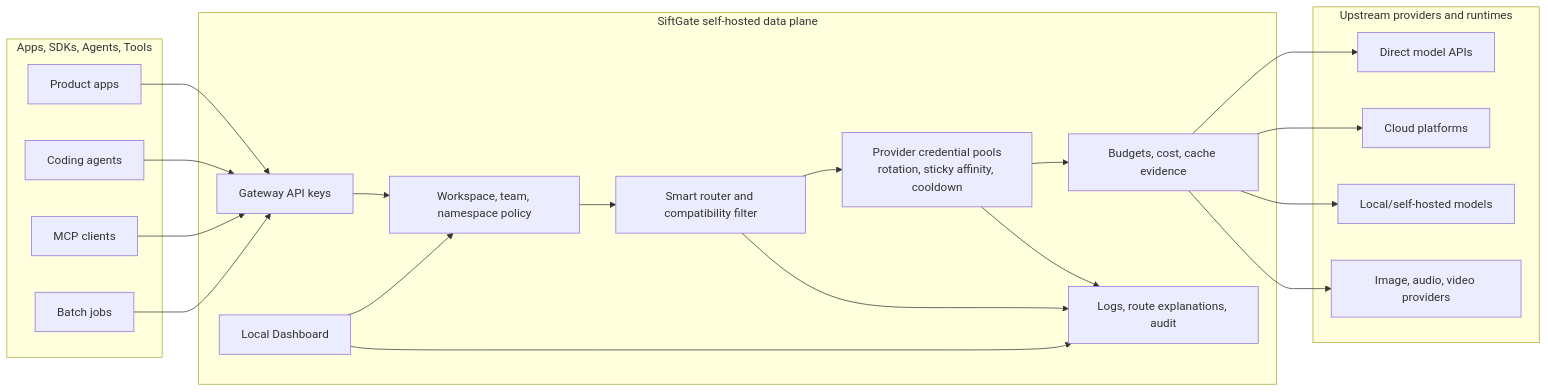
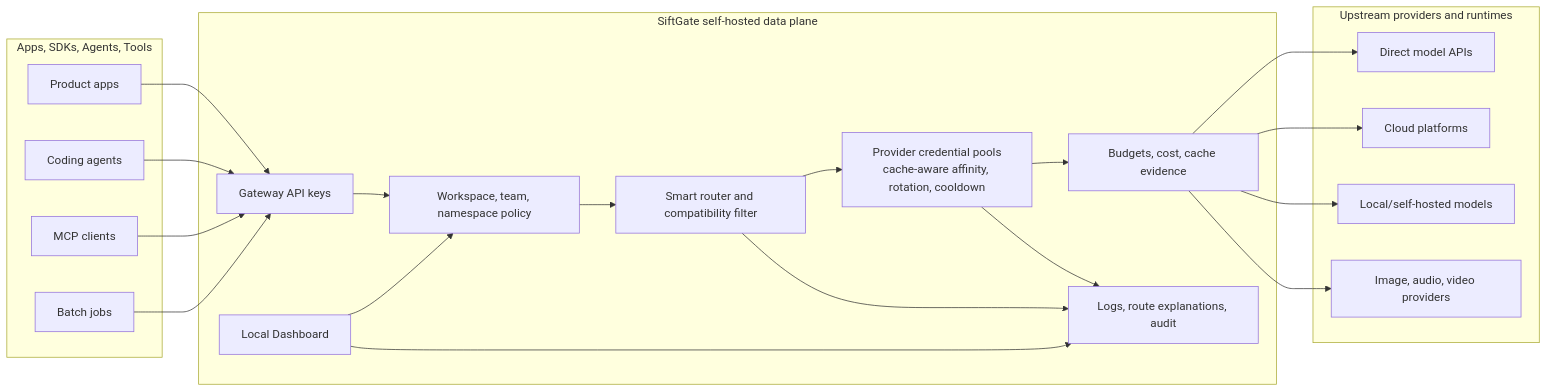
The first of 2 diagrams in README.md (seanbabalala/ai-gateway), drawn with Mermaid before and after one commit. The commit also changed other lines of this file and 12 other files, not shown here.

````diff
--- a/README.md
+++ b/README.md
@@ -57,40 +123,40 @@
 ```mermaid
 flowchart LR
   subgraph Clients["Apps, SDKs, Agents, Tools"]
     App["Product apps"]
     Agent["Coding agents"]
     MCP["MCP clients"]
     Batch["Batch jobs"]
   end
 
   subgraph Gateway["SiftGate self-hosted data plane"]
     Auth["Gateway API keys"]
     Policy["Workspace, team, namespace policy"]
     Route["Smart router and compatibility filter"]
-    Creds["Provider credential pools<br/>rotation, sticky affinity, cooldown"]
+    Creds["Provider credential pools<br/>cache-aware affinity, rotation, cooldown"]
     Cost["Budgets, cost, cache evidence"]
     Observe["Logs, route explanations, audit"]
     Dashboard["Local Dashboard"]
   end
 
   subgraph Providers["Upstream providers and runtimes"]
     Direct["Direct model APIs"]
     Cloud["Cloud platforms"]
     Local["Local/self-hosted models"]
     Media["Image, audio, video providers"]
   end
 
   App --> Auth
   Agent --> Auth
   MCP --> Auth
   Batch --> Auth
   Auth --> Policy --> Route --> Creds --> Cost
   Cost --> Direct
   Cost --> Cloud
   Cost --> Local
   Cost --> Media
   Creds --> Observe
   Route --> Observe
   Dashboard --> Policy
   Dashboard --> Observe
 ```
````
